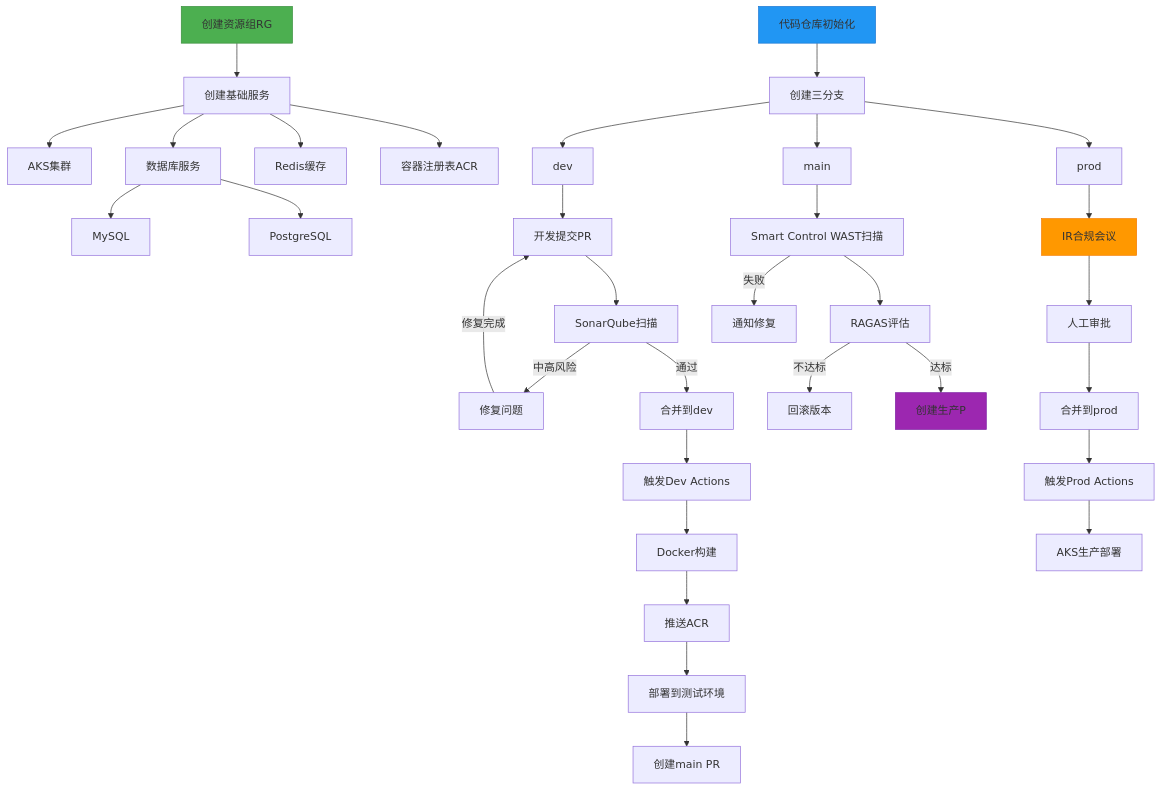
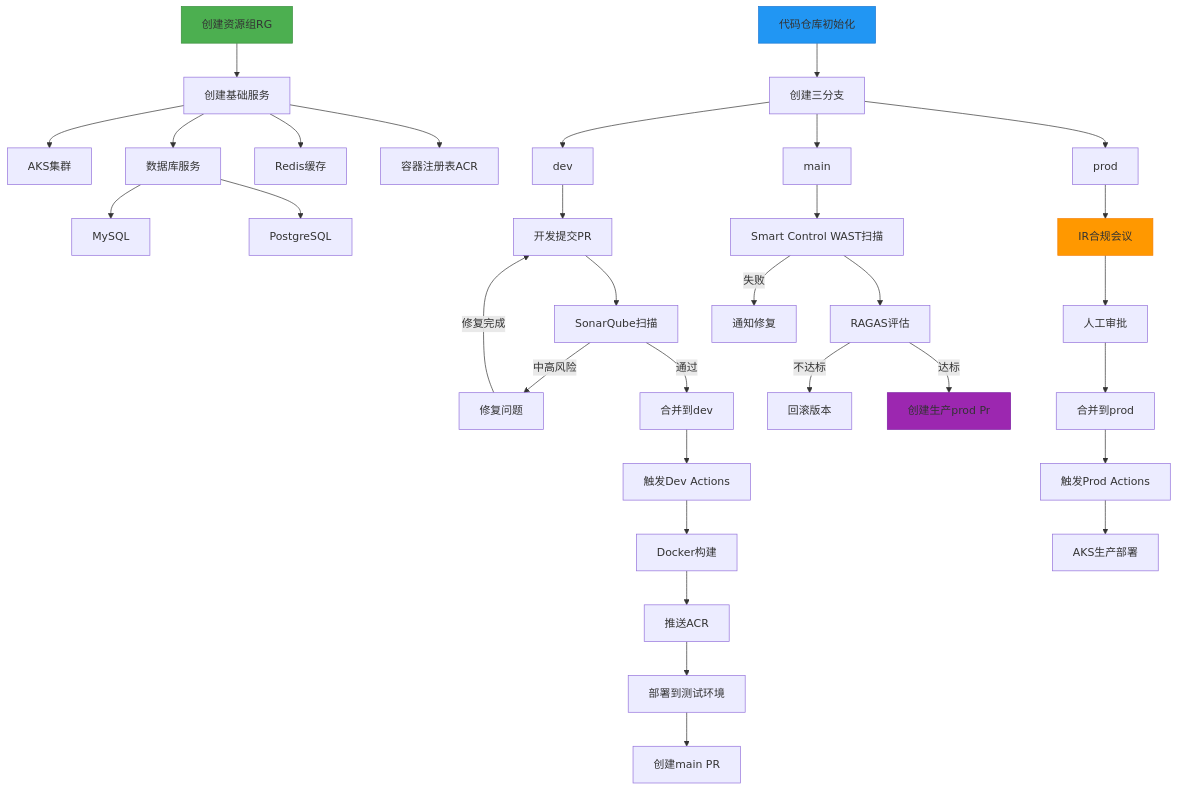
The diagram in all/未命名-1.md (funnyData/iodraw-files), drawn with Mermaid before and after one commit.

Commit message:
2025-02-27 09:20:38 update

````diff
--- a/all/未命名-1.md
+++ b/all/未命名-1.md
@@ -1,60 +1,60 @@
 ```mermaid
 graph TD
     A[创建资源组RG] --> B[创建基础服务]
     B --> C[AKS集群]
     B --> D[数据库服务]
     D --> DA[MySQL]
     D --> DB[PostgreSQL]
     B --> E[Redis缓存]
     B --> F[容器注册表ACR]
     
     G[代码仓库初始化] --> H[创建三分支]
     H --> I[dev]
     H --> J[main]
     H --> K[prod]
     K --> W[IR合规会议]
     J --> T[Smart Control WAST扫描]
     
     I --> L[开发提交PR]
     L --> M[SonarQube扫描]
     M -->|中高风险| N[修复问题]
     N -->|修复完成|L
     M -->|通过| O[合并到dev]
     
     O --> P[触发Dev Actions]
     P --> Q[Docker构建]
     Q --> R[推送ACR]
     R --> S[部署到测试环境]
     S --> SA[创建main PR]
     %% S -->V[创建生产PR]
 
     
     %% S --> T[Smart Control WAST扫描]
     %% T -->|失败| U[通知修复]
 
     
     %% T -->|通过| V[创建生产PR]
 T--> AD[RAGAS评估]
     AD -->|不达标| AE[回滚版本]
-    AD -->|达标| AF[创建生产P]
+    AD -->|达标| AF[创建生产prod Pr]
     T -->|失败| U[通知修复]
     
     %% V --> W[IR合规会议]
     W --> X[人工审批]
     X --> Y[合并到prod]
     
     Y --> Z[触发Prod Actions]
     Z --> AC[AKS生产部署]
     %% Z --> AA[安全扫描]
     %% AA -->|高风险| AB[终止部署]
     %% AA -->|通过| AC[AKS生产部署]
     
     %% AC --> AD[RAGAS评估]
     %% AD -->|不达标| AE[回滚版本]
     %% AD -->|达标| AF[完成上线]
     
     style A fill:#4CAF50,stroke:#388E3C
     style G fill:#2196F3,stroke:#1976D2
     style W fill:#FF9800,stroke:#F57C00
     style AF fill:#9C27B0,stroke:#7B1FA2
 ```
````
